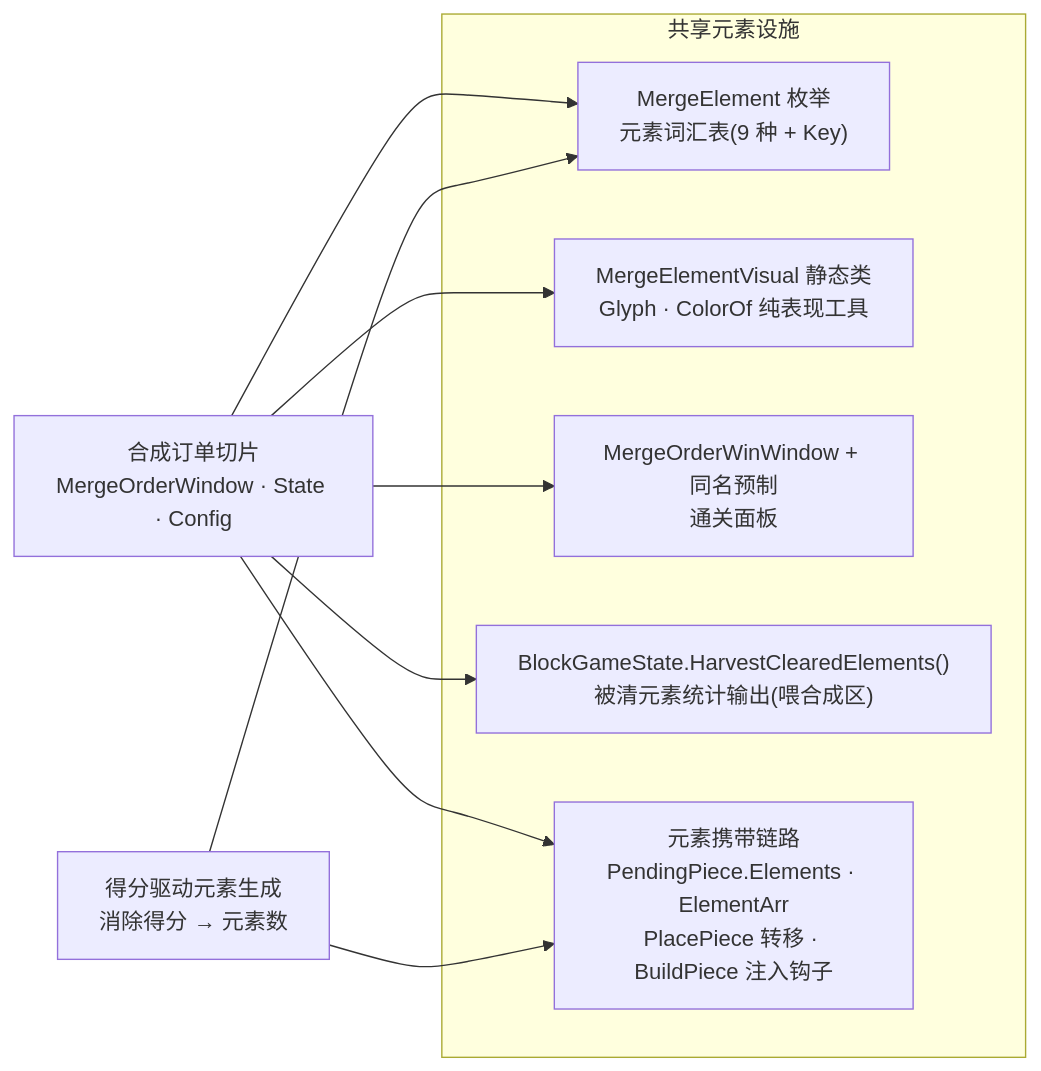
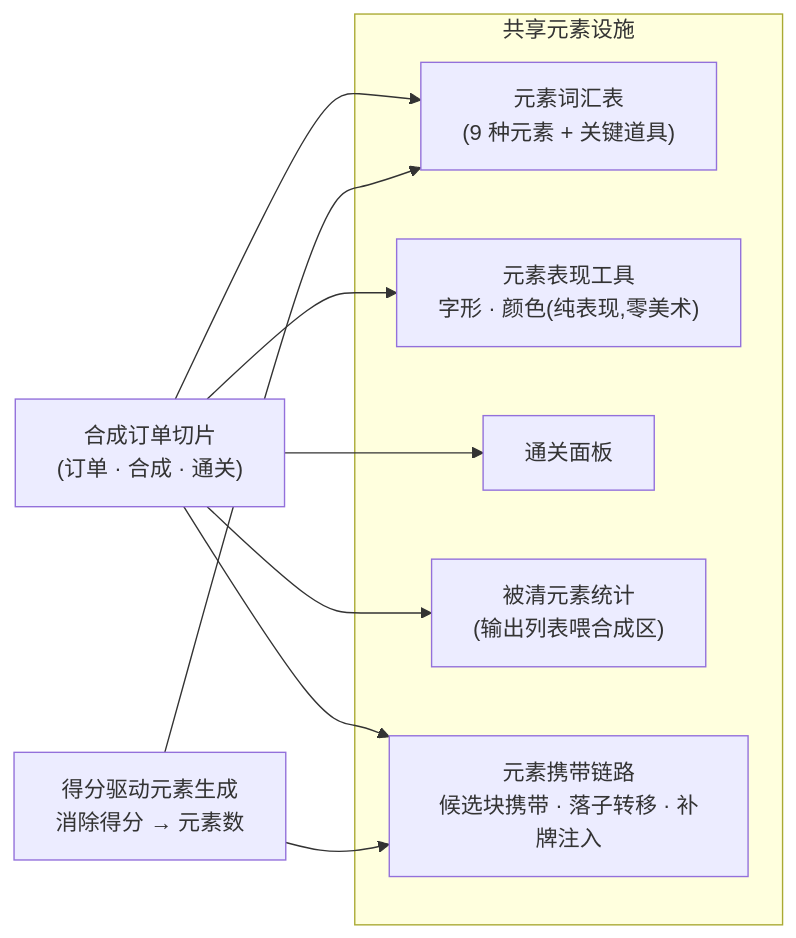
One commit to zhoupeng921101/TEngine_zp changed the second of 3 diagrams in UnityProject/design-docs/10-score-element-rm-collect.md. Above: the diagram before and after it, drawn with Mermaid. The commit also changed other lines of this file and 20 other files, not shown here.

````diff
--- a/UnityProject/design-docs/10-score-element-rm-collect.md
+++ b/UnityProject/design-docs/10-score-element-rm-collect.md
@@ -107,19 +106,19 @@
 ```mermaid
 flowchart LR
     subgraph fac["共享元素设施"]
-        f1["MergeElement 枚举<br/>元素词汇表(9 种 + Key)"]
-        f2["MergeElementVisual 静态类<br/>Glyph · ColorOf 纯表现工具"]
-        f3["MergeOrderWinWindow + 同名预制<br/>通关面板"]
-        f4["BlockGameState.HarvestClearedElements()<br/>被清元素统计输出(喂合成区)"]
-        f5["元素携带链路<br/>PendingPiece.Elements · ElementArr<br/>PlacePiece 转移 · BuildPiece 注入钩子"]
+        f1["元素词汇表<br/>(9 种元素 + 关键道具)"]
+        f2["元素表现工具<br/>字形 · 颜色(纯表现,零美术)"]
+        f3["通关面板"]
+        f4["被清元素统计<br/>(输出列表喂合成区)"]
+        f5["元素携带链路<br/>候选块携带 · 落子转移 · 补牌注入"]
     end
-    mo["合成订单切片<br/>MergeOrderWindow · State · Config"]
+    mo["合成订单切片<br/>(订单 · 合成 · 通关)"]
     sc["得分驱动元素生成<br/>消除得分 → 元素数"]
     mo --> f1
     mo --> f2
     mo --> f3
     mo --> f4
     mo --> f5
     sc --> f1
     sc --> f5
 ```
````
